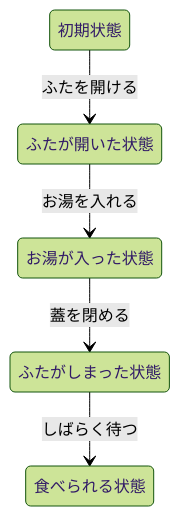
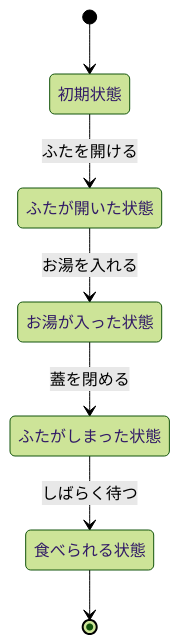
Before and after one commit to rrr-bit00/kougi: the diagram in zugagijutu/第4回/kougi.md, drawn with Mermaid (forest theme).

Commit message:
start,end

````diff
--- a/zugagijutu/第4回/kougi.md
+++ b/zugagijutu/第4回/kougi.md
@@ -1,16 +1,18 @@
 ```mermaid
 
 stateDiagram-v2
 %%  direction LR
     direction TB
     s1 : 初期状態
     s2 : ふたが開いた状態
     s3 : お湯が入った状態
     s4 : ふたがしまった状態
     s5 : 食べられる状態
 
+    [*] --> s1
     s1 --> s2 : ふたを開ける
     s2 --> s3 : お湯を入れる
     s3 --> s4 : 蓋を閉める
     s4 --> s5 : しばらく待つ
+    s5 --> [*]
 ```
````
